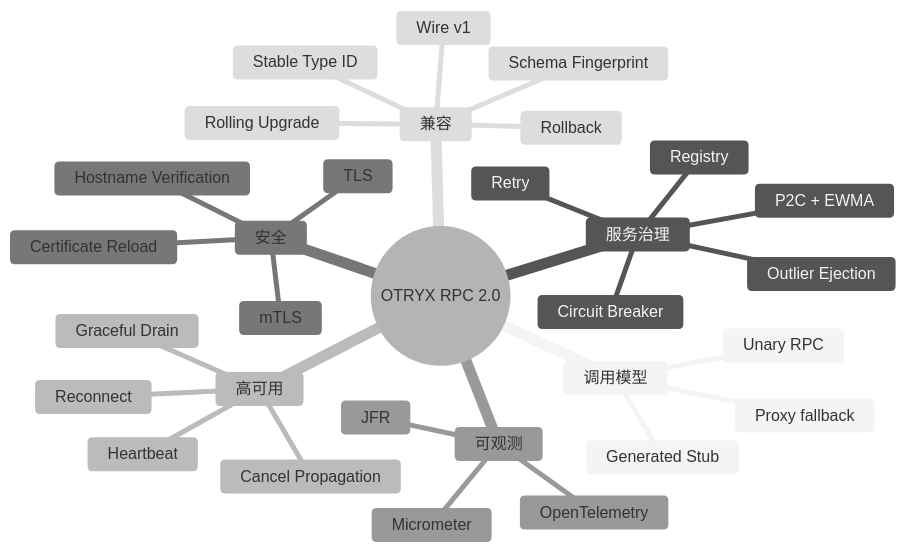
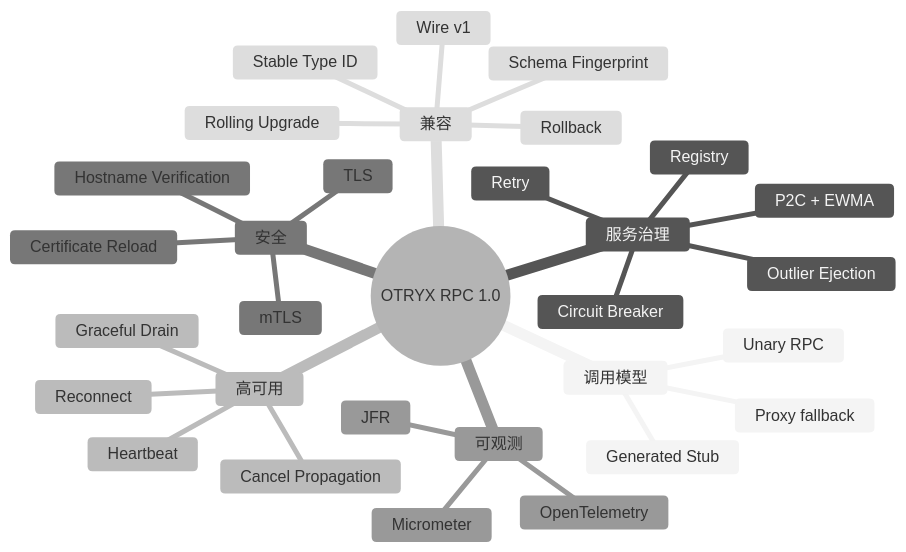
The diagram in docs/features.md (Ryan-Guizhou/peach-rpc), drawn with Mermaid (neutral theme) before and after one commit. The commit also changed other lines of this file and 24 other files, not shown here.

````diff
--- a/docs/features.md
+++ b/docs/features.md
@@ -9,34 +9,34 @@
 ```mermaid
 mindmap
-  root((OTRYX RPC 2.0))
+  root((OTRYX RPC 1.0))
     调用模型
       Unary RPC
       Generated Stub
       Proxy fallback
     服务治理
       Registry
       P2C + EWMA
       Retry
       Circuit Breaker
       Outlier Ejection
     高可用
       Heartbeat
       Reconnect
       Graceful Drain
       Cancel Propagation
     安全
       TLS
       mTLS
       Hostname Verification
       Certificate Reload
     可观测
       Micrometer
       OpenTelemetry
       JFR
     兼容
       Wire v1
       Stable Type ID
       Schema Fingerprint
       Rolling Upgrade
       Rollback
 ```
````
